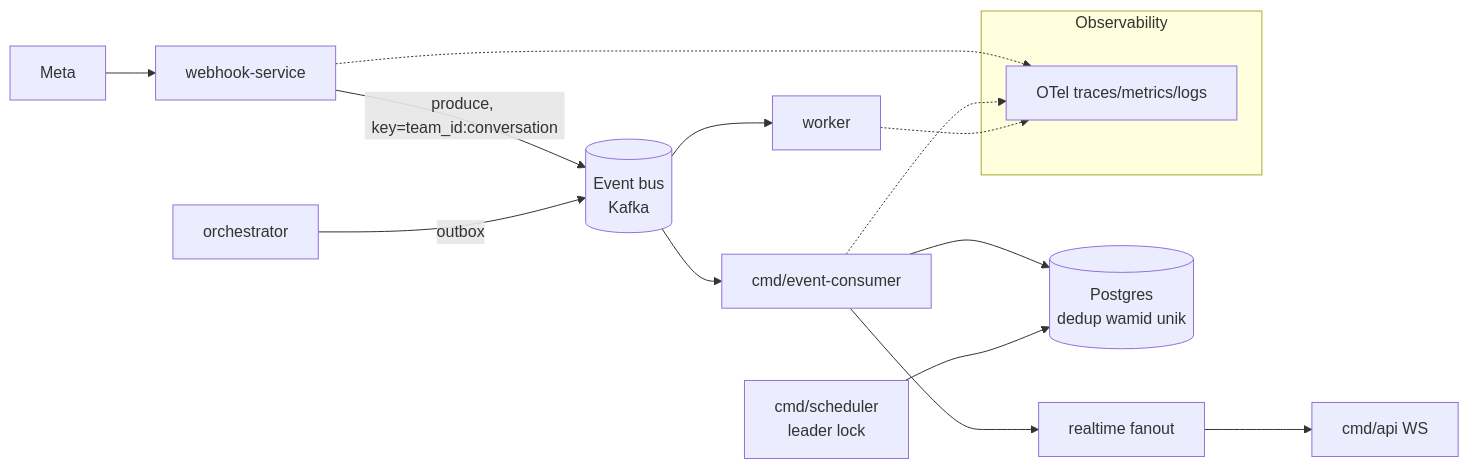
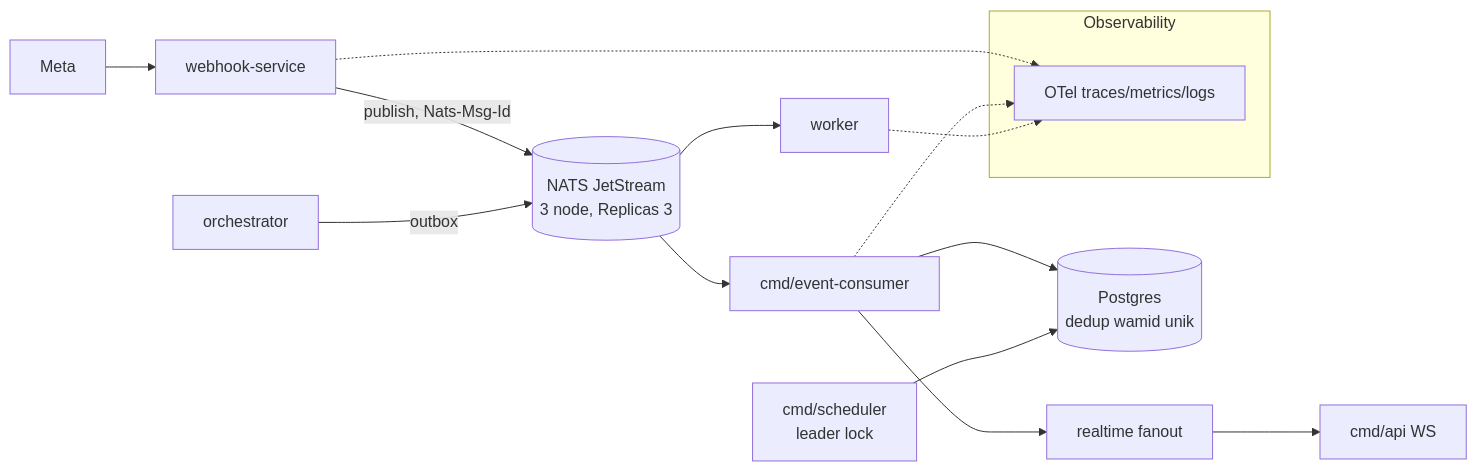
The fifth of 5 diagrams in docs/architecture/data-flow.md (yoshsoftdev/omni-chan), drawn with Mermaid before and after one commit. The commit also changed other lines of this file and 16 other files, not shown here.

First line of the commit message:
feat(nats): 3-node JetStream cluster, replicated streams, lost-event alert (phase 8)

````diff
--- a/docs/architecture/data-flow.md
+++ b/docs/architecture/data-flow.md
@@ -179,18 +179,18 @@
 ```mermaid
 flowchart LR
   Meta --> WH[webhook-service]
-  WH -->|produce, key=team_id:conversation| BUS[(Event bus<br/>Kafka)]
+  WH -->|publish, Nats-Msg-Id| BUS[(NATS JetStream<br/>3 node, Replicas 3)]
   BUS --> CONS[cmd/event-consumer]
   CONS --> PG[(Postgres<br/>dedup wamid unik)]
   CONS --> FAN[realtime fanout]
   FAN --> APIWS[cmd/api WS]
   SCHED[cmd/scheduler<br/>leader lock] --> PG
   ORC[orchestrator] -->|outbox| BUS
   BUS --> WRK[worker]
   subgraph Observability
     OTEL[OTel traces/metrics/logs]
   end
   WH -.-> OTEL
   CONS -.-> OTEL
   WRK -.-> OTEL
 ```
````
